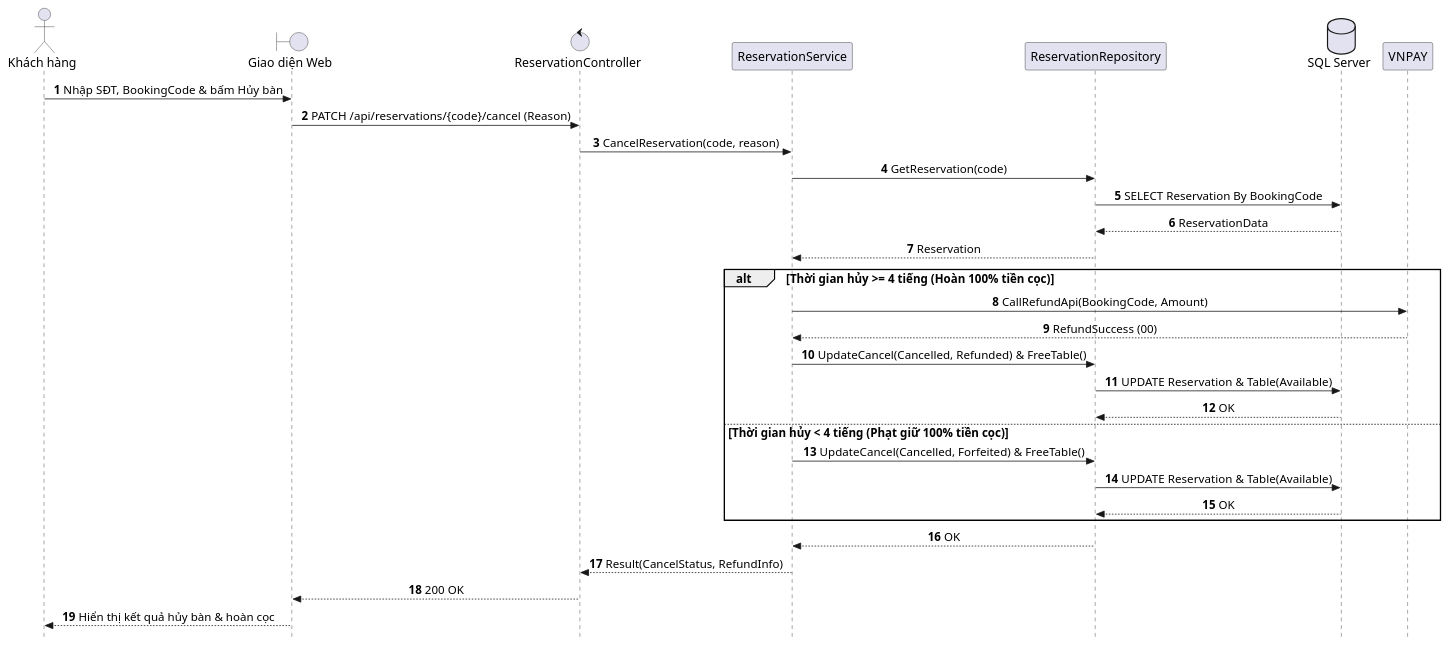
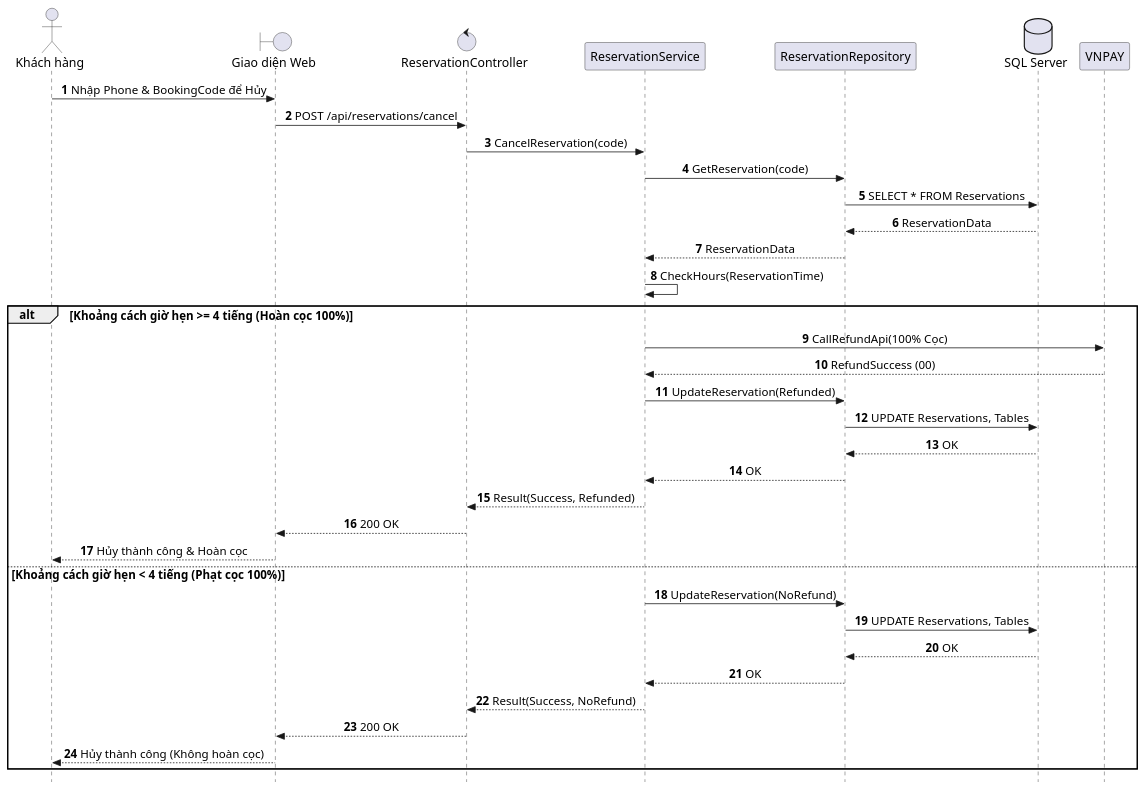
Before and after one commit to AndrewQng/VinDining: the diagram in docs/use-cases/UC-U3_Huy_Dat_Ban_Va_Hoan_Coc.md, drawn with PlantUML. The commit also changed other lines of this file and 87 other files, not shown here.

Commit message:
docs: add phase 1 use case specifications, sequence diagrams, and architecture diagrams

````diff
--- a/docs/use-cases/UC-U3_Huy_Dat_Ban_Va_Hoan_Coc.md
+++ b/docs/use-cases/UC-U3_Huy_Dat_Ban_Va_Hoan_Coc.md
@@ -1,48 +28,52 @@
 ```plantuml
 @startuml SD_UC_U3_Cancel_Reservation
 autonumber
 skinparam style strictuml
 skinparam sequenceMessageAlign center
 skinparam responseMessageBelowArrow true
 skinparam defaultFontName "Segoe UI", Arial, sans-serif
 skinparam defaultFontSize 16
 skinparam sequenceActorFontSize 16
 skinparam sequenceParticipantFontSize 16
 skinparam sequenceArrowFontSize 15
 skinparam sequenceGroupFontSize 15
 skinparam sequenceGroupHeaderFontSize 15
 
 actor "Khách hàng" as Guest
 boundary "Giao diện Web" as UI
 control "ReservationController" as Controller
 participant "ReservationService" as Service
 participant "ReservationRepository" as Repo
 database "SQL Server" as DB
 participant "VNPAY" as VNPAY
 
-Guest -> UI: Nhập SĐT, BookingCode & bấm Hủy bàn
-UI -> Controller: PATCH /api/reservations/{code}/cancel (Reason)
-Controller -> Service: CancelReservation(code, reason)
+Guest -> UI: Nhập Phone & BookingCode để Hủy
+UI -> Controller: POST /api/reservations/cancel
+Controller -> Service: CancelReservation(code)
 Service -> Repo: GetReservation(code)
-Repo -> DB: SELECT Reservation By BookingCode
+Repo -> DB: SELECT * FROM Reservations
 DB --> Repo: ReservationData
-Repo --> Service: Reservation
+Repo --> Service: ReservationData
+Service -> Service: CheckHours(ReservationTime)
 
-alt Thời gian hủy >= 4 tiếng (Hoàn 100% tiền cọc)
-    Service -> VNPAY: CallRefundApi(BookingCode, Amount)
+alt Khoảng cách giờ hẹn >= 4 tiếng (Hoàn cọc 100%)
+    Service -> VNPAY: CallRefundApi(100% Cọc)
     VNPAY --> Service: RefundSuccess (00)
-    Service -> Repo: UpdateCancel(Cancelled, Refunded) & FreeTable()
-    Repo -> DB: UPDATE Reservation & Table(Available)
+    Service -> Repo: UpdateReservation(Refunded)
+    Repo -> DB: UPDATE Reservations, Tables
     DB --> Repo: OK
-else Thời gian hủy < 4 tiếng (Phạt giữ 100% tiền cọc)
-    Service -> Repo: UpdateCancel(Cancelled, Forfeited) & FreeTable()
-    Repo -> DB: UPDATE Reservation & Table(Available)
+    Repo --> Service: OK
+    Service --> Controller: Result(Success, Refunded)
+    Controller --> UI: 200 OK
+    UI --> Guest: Hủy thành công & Hoàn cọc
+else Khoảng cách giờ hẹn < 4 tiếng (Phạt cọc 100%)
+    Service -> Repo: UpdateReservation(NoRefund)
+    Repo -> DB: UPDATE Reservations, Tables
     DB --> Repo: OK
+    Repo --> Service: OK
+    Service --> Controller: Result(Success, NoRefund)
+    Controller --> UI: 200 OK
+    UI --> Guest: Hủy thành công (Không hoàn cọc)
 end
-
-Repo --> Service: OK
-Service --> Controller: Result(CancelStatus, RefundInfo)
-Controller --> UI: 200 OK
-UI --> Guest: Hiển thị kết quả hủy bàn & hoàn cọc
 @enduml
 ```
````
